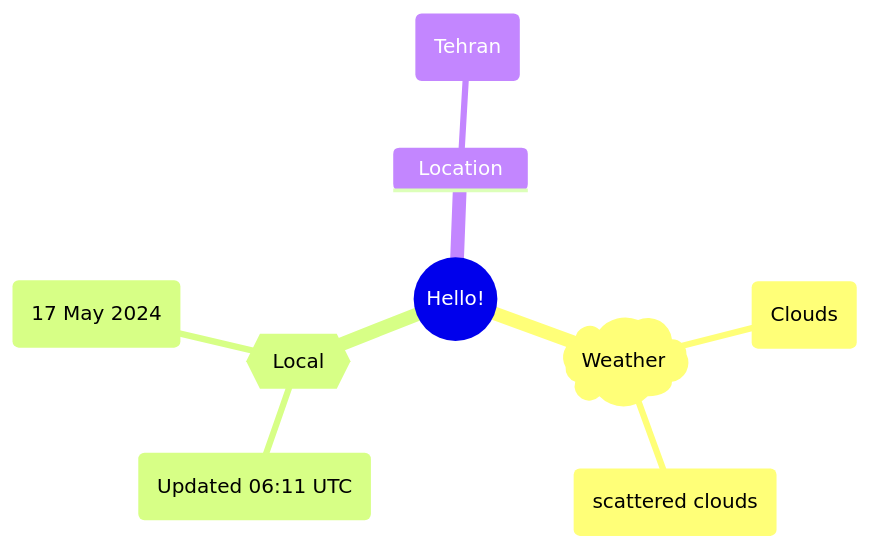
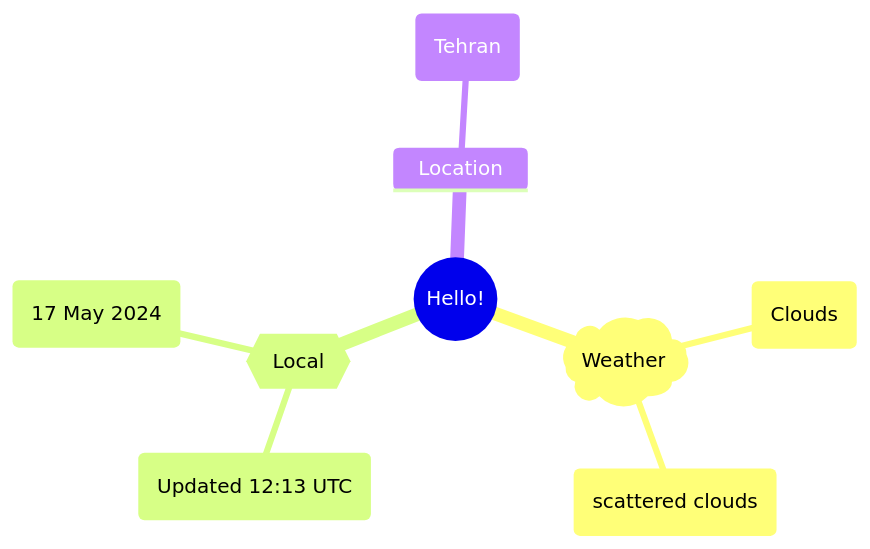
One commit to Xosrov/Xosrov changed the first of 2 diagrams in README.md. Above: the diagram before and after it, drawn with Mermaid.

Commit message:
[bot] updated images

````diff
--- a/README.md
+++ b/README.md
@@ -3,12 +3,12 @@
 ```mermaid
 mindmap
   root((Hello!))
     )Weather(
         (Clouds)
         (scattered clouds)
     {{Local}}
-        (Updated 06:11 UTC)
+        (Updated 12:13 UTC)
         (17 May 2024)
     Location
         (Tehran)
 ```
````
